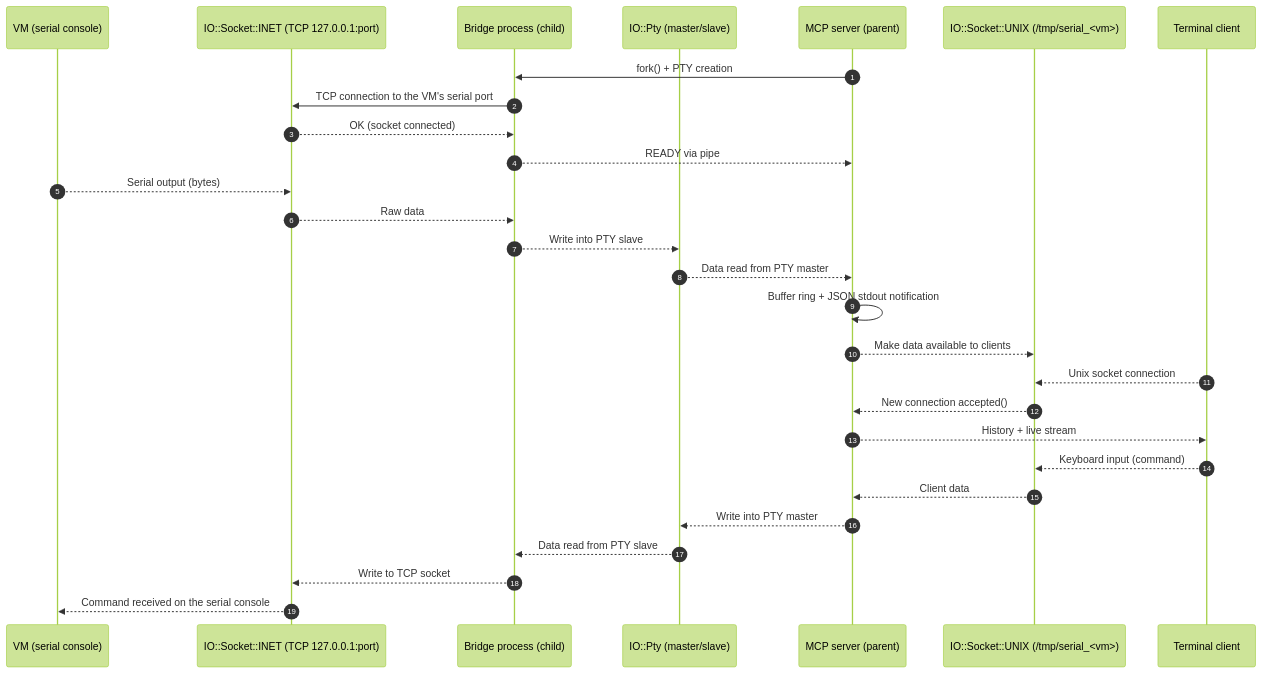
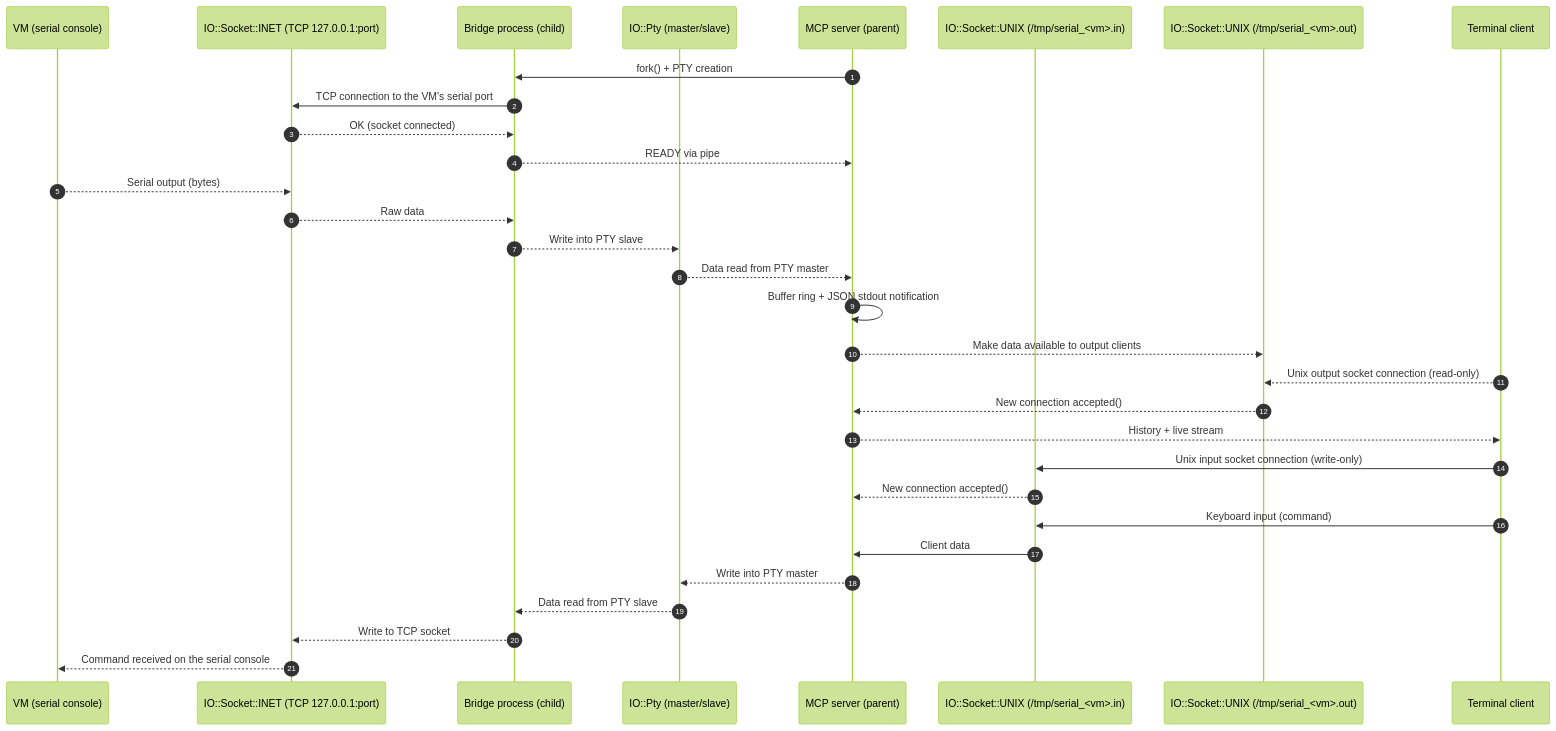
Before and after one commit to abda11ah/sercov: the second of 2 diagrams in README.md, drawn with Mermaid (forest theme). The commit also changed other lines of this file and 1 other file, not shown here.

````diff
--- a/README.md
+++ b/README.md
@@ -265,37 +274,40 @@
 ```mermaid
 sequenceDiagram
 autonumber
 participant VM as VM (serial console)
 participant TCP as IO::Socket::INET (TCP 127.0.0.1:port)
 participant Bridge as Bridge process (child)
 participant PTY as IO::Pty (master/slave)
 participant MCP as MCP server (parent)
-participant USock as IO::Socket::UNIX (/tmp/serial_<vm>)
+participant USockIn as IO::Socket::UNIX (/tmp/serial_<vm>.in)
+participant USockOut as IO::Socket::UNIX (/tmp/serial_<vm>.out)
 participant Term as Terminal client
 
 %% Initial connection
 MCP->>Bridge: fork() + PTY creation
 Bridge->>TCP: TCP connection to the VM's serial port
 TCP-->>Bridge: OK (socket connected)
 Bridge-->>MCP: READY via pipe
 
 %% VM -> user flow
 VM-->>TCP: Serial output (bytes)
 TCP-->>Bridge: Raw data
 Bridge-->>PTY: Write into PTY slave
 PTY-->>MCP: Data read from PTY master
 MCP->>MCP: Buffer ring + JSON stdout notification
-MCP-->>USock: Make data available to clients
+MCP-->>USockOut: Make data available to output clients
 
-Term-->>USock: Unix socket connection
-USock-->>MCP: New connection accepted()
+Term-->>USockOut: Unix output socket connection (read-only)
+USockOut-->>MCP: New connection accepted()
 MCP-->>Term: History + live stream
 
 %% User -> VM flow
-Term-->>USock: Keyboard input (command)
-USock-->>MCP: Client data
+Term->>USockIn: Unix input socket connection (write-only)
+USockIn-->>MCP: New connection accepted()
+Term->>USockIn: Keyboard input (command)
+USockIn->>MCP: Client data
 MCP-->>PTY: Write into PTY master
 PTY-->>Bridge: Data read from PTY slave
 Bridge-->>TCP: Write to TCP socket
 TCP-->>VM: Command received on the serial console
 ```
````
